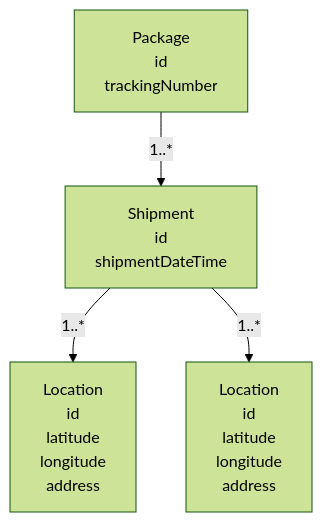
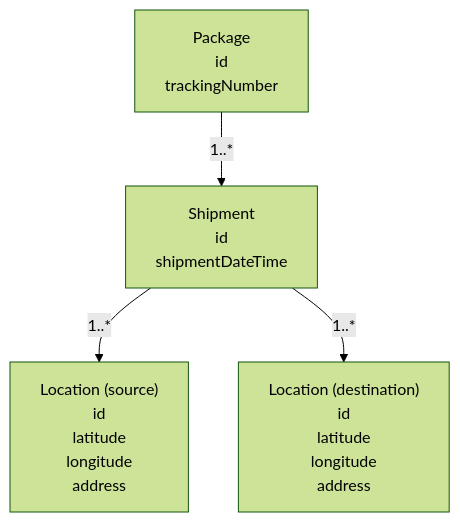
One commit to jonbertelsen/gls changed the second of 2 diagrams in README.md. Above: the diagram before and after it, drawn with Mermaid (forest theme).

````diff
--- a/README.md
+++ b/README.md
@@ -29,6 +29,6 @@
 ```mermaid
 graph TD
   Package["Package\nid\ntrackingNumber"] -->|1..*| Shipment["Shipment\nid\nshipmentDateTime"]
-  Shipment -->|1..* | Location_source["Location\nid\nlatitude\nlongitude\naddress"]
-  Shipment -->|1..* | Location_destination["Location\nid\nlatitude\nlongitude\naddress"]
+  Shipment -->|1..* | Location_source["Location (source)\nid\nlatitude\nlongitude\naddress"]
+  Shipment -->|1..* | Location_destination["Location (destination)\nid\nlatitude\nlongitude\naddress"]
 ```
````
